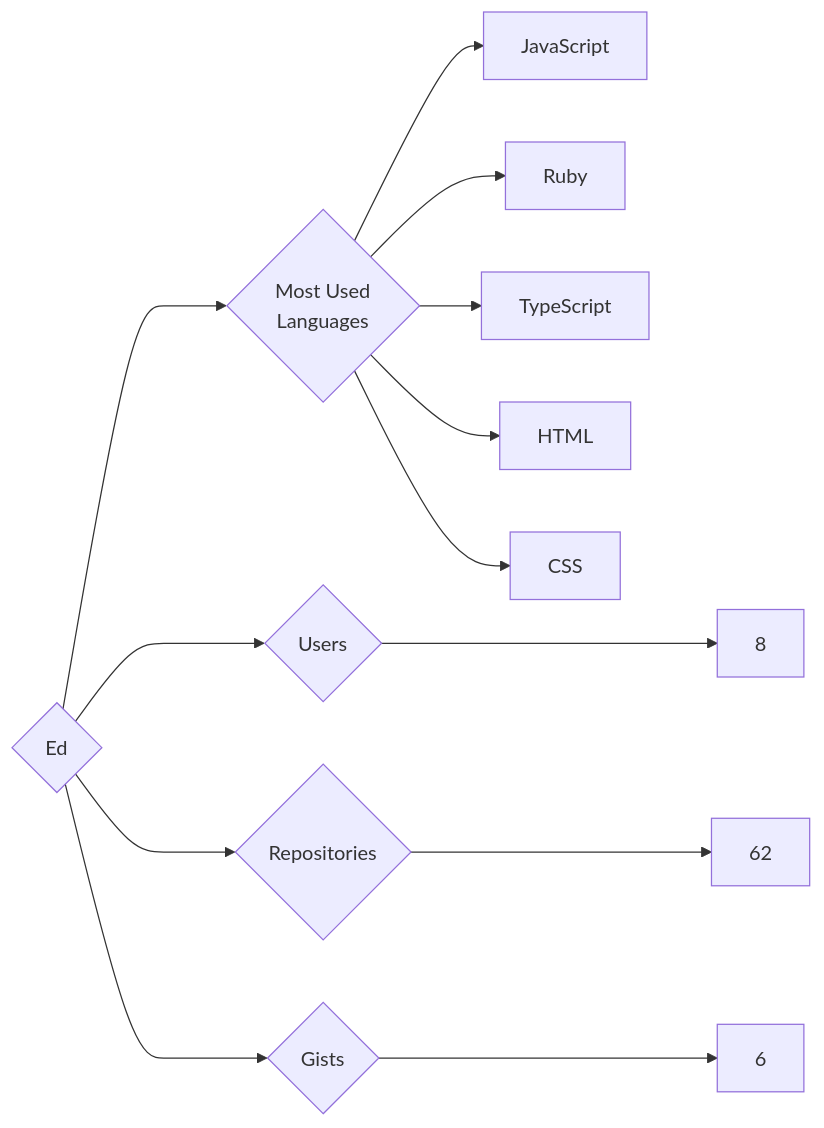
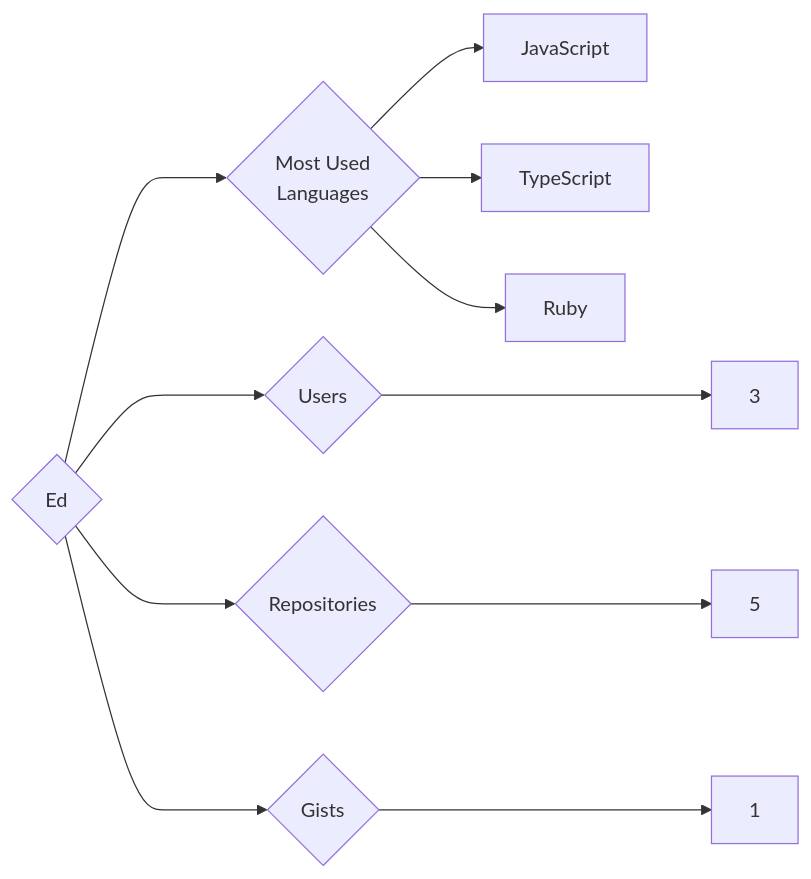
Before and after one commit to trickest/insiders: the diagram in targets/Ed/README.md, drawn with Mermaid. The commit also changed 1055 other files, not shown here.

````diff
--- a/targets/Ed/README.md
+++ b/targets/Ed/README.md
@@ -3,13 +3,11 @@
 ```mermaid
 graph LR
 COMPANY_NAME{Ed}
-COMPANY_NAME ---> U{Users} ---> UN[8]
-COMPANY_NAME ---> R{Repositories} ---> RN[62]
-COMPANY_NAME ---> G{Gists} ---> GN[6]
+COMPANY_NAME ---> U{Users} ---> UN[3]
+COMPANY_NAME ---> R{Repositories} ---> RN[5]
+COMPANY_NAME ---> G{Gists} ---> GN[1]
 COMPANY_NAME ---> ML{Most Used<br>Languages}
 ML --> JavaScript[JavaScript]
+ML --> TypeScript[TypeScript]
 ML --> Ruby[Ruby]
-ML --> TypeScript[TypeScript]
-ML --> HTML[HTML]
-ML --> CSS[CSS]
 ```
````
